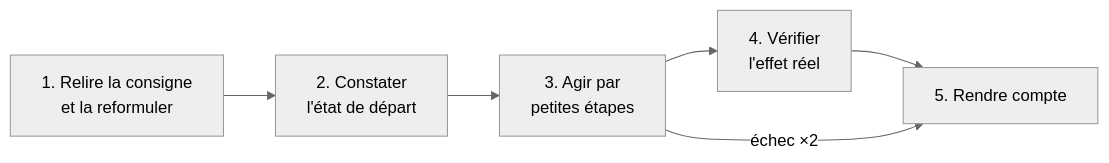
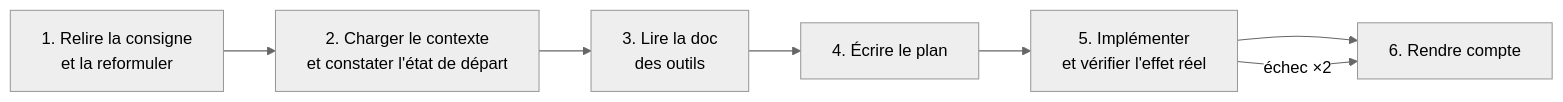
One commit to Pierre3851/claude-team changed the first of 3 diagrams in docs/comprendre/equipe.md. Above: the diagram before and after it, drawn with Mermaid (neutral theme). The commit also changed other lines of this file and 4 other files, not shown here.

First line of the commit message:
Developer : méthode en six étapes (contexte, doc, plan) et effort medium

````diff
--- a/docs/comprendre/equipe.md
+++ b/docs/comprendre/equipe.md
@@ -46,5 +46,5 @@
 ```mermaid
 flowchart LR
-    A["1. Relire la consigne<br/>et la reformuler"] --> B["2. Constater<br/>l'état de départ"] --> C["3. Agir par<br/>petites étapes"] --> D["4. Vérifier<br/>l'effet réel"] --> E["5. Rendre compte"]
-    C -- "échec ×2" --> E
+    A["1. Relire la consigne<br/>et la reformuler"] --> B["2. Charger le contexte<br/>et constater l'état de départ"] --> C["3. Lire la doc<br/>des outils"] --> D["4. Écrire le plan"] --> E["5. Implémenter<br/>et vérifier l'effet réel"] --> F["6. Rendre compte"]
+    E -- "échec ×2" --> F
 ```
````
